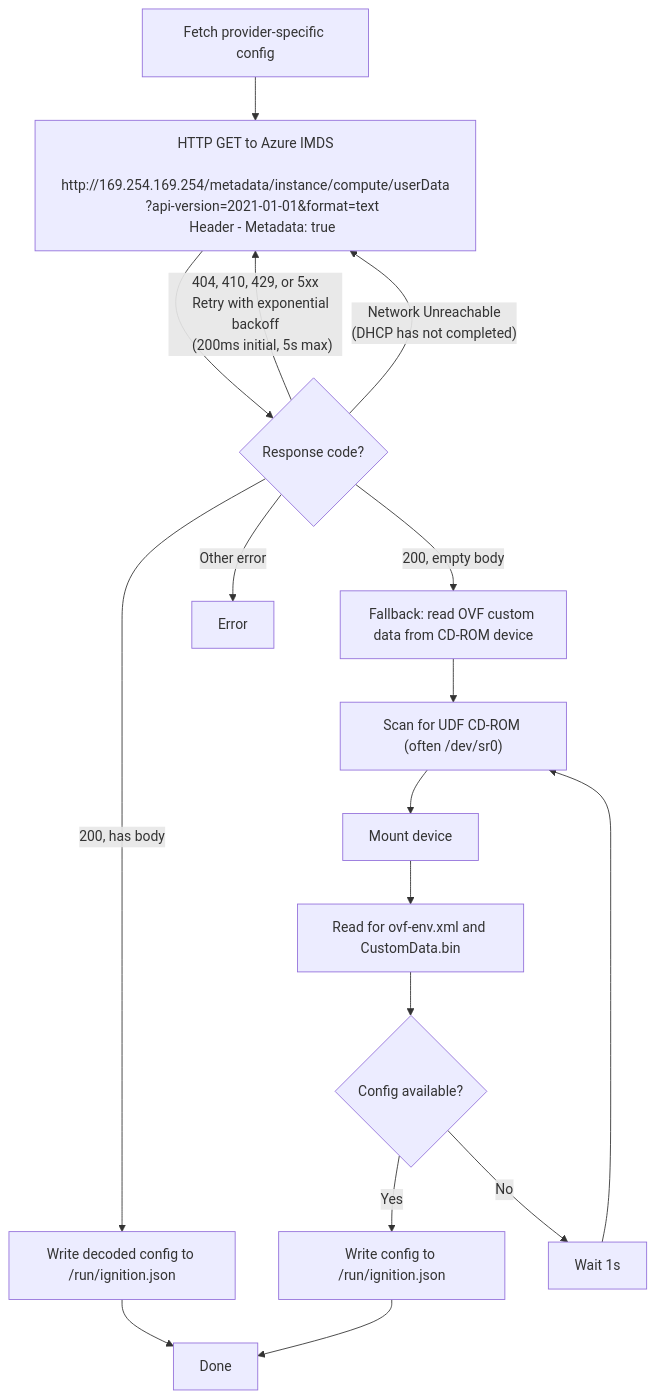
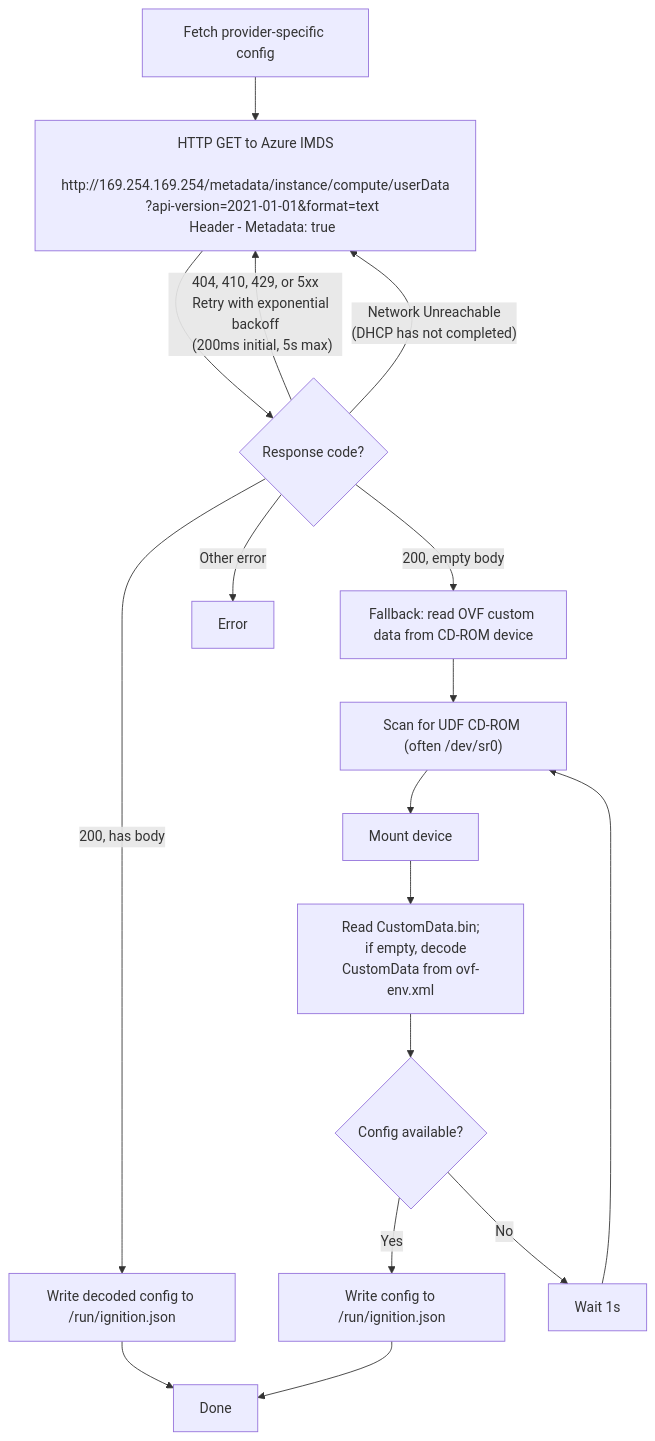
One commit to coreos/ignition changed the second of 2 diagrams in docs/ignition-flow.md. Above: the diagram before and after it, drawn with Mermaid. The commit also changed 3 other files, not shown here.

Commit message:
azure: read custom data from ovf-env.xml

````diff
--- a/docs/ignition-flow.md
+++ b/docs/ignition-flow.md
@@ -137,29 +137,30 @@
 ```mermaid
 flowchart TB
     %% ===== AZURE PROVIDER-SPECIFIC CONFIG FETCH =====
 
     start["Fetch provider-specific config"] --> imds_request["HTTP GET to Azure IMDS
     http://169.254.169.254/metadata/instance/compute/userData
     ?api-version=2021-01-01&format=text
     Header - Metadata: true"]
 
     imds_request --> imds_retry{"Response code?"}
     imds_retry -->|"404, 410, 429, or 5xx
     Retry with exponential backoff
     (200ms initial, 5s max)"| imds_request
     imds_retry -->|"Network Unreachable
     (DHCP has not completed)"| imds_request
     imds_retry -->|200, empty body| fallback_ovf
     imds_retry -->|200, has body| write_config["Write decoded config to /run/ignition.json"]
     imds_retry -->|Other error| error["Error"]
     write_config --> done["Done"]
 
     fallback_ovf["Fallback: read OVF custom data from CD-ROM device"]
     fallback_ovf --> scan["Scan for UDF CD-ROM (often /dev/sr0)"]
     scan --> mount["Mount device"]
-    mount --> read["Read for ovf-env.xml and CustomData.bin"]
+    mount --> read["Read CustomData.bin;
+    if empty, decode CustomData from ovf-env.xml"]
     read --> available{"Config available?"}
     available -->|Yes| write_device["Write config to /run/ignition.json"]
     write_device --> done
     available -->|No| wait["Wait 1s"] --> scan
 ```
````
